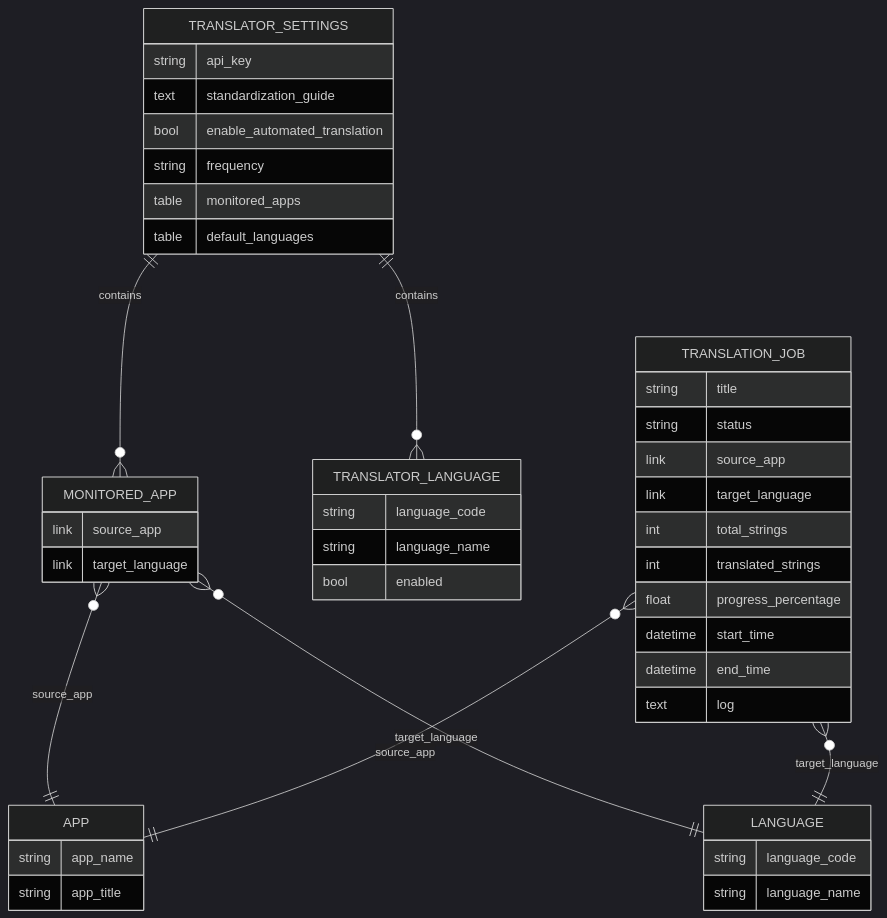
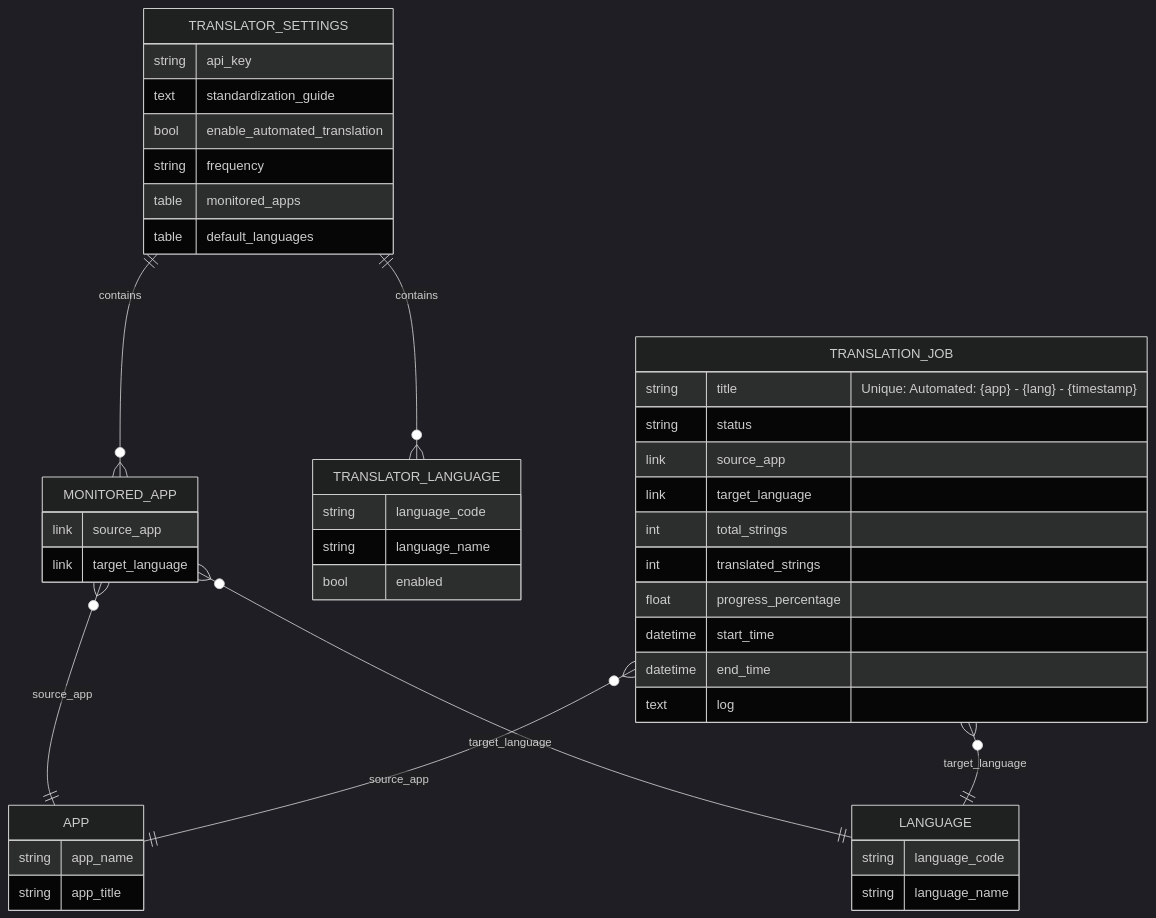
The second of 3 diagrams in docs/developer_guide/architecture.md (SebstnRodri/translation_hub), drawn with Mermaid (dark theme) before and after one commit. The commit also changed other lines of this file and 1 other file, not shown here.

````diff
--- a/docs/developer_guide/architecture.md
+++ b/docs/developer_guide/architecture.md
@@ -180,52 +182,52 @@
 ```mermaid
 erDiagram
     TRANSLATOR_SETTINGS ||--o{ MONITORED_APP : "contains"
     TRANSLATOR_SETTINGS ||--o{ TRANSLATOR_LANGUAGE : "contains"
     MONITORED_APP }o--|| APP : "source_app"
     MONITORED_APP }o--|| LANGUAGE : "target_language"
     TRANSLATION_JOB }o--|| APP : "source_app"
     TRANSLATION_JOB }o--|| LANGUAGE : "target_language"
     
     TRANSLATOR_SETTINGS {
         string api_key
         text standardization_guide
         bool enable_automated_translation
         string frequency
         table monitored_apps
         table default_languages
     }
     
     MONITORED_APP {
         link source_app
         link target_language
     }
     
     TRANSLATOR_LANGUAGE {
         string language_code
         string language_name
         bool enabled
     }
     
     APP {
         string app_name
         string app_title
     }
     
     TRANSLATION_JOB {
-        string title
+        string title "Unique: Automated: {app} - {lang} - {timestamp}"
         string status
         link source_app
         link target_language
         int total_strings
         int translated_strings
         float progress_percentage
         datetime start_time
         datetime end_time
         text log
     }
     
     LANGUAGE {
         string language_code
         string language_name
     }
 ```
````
